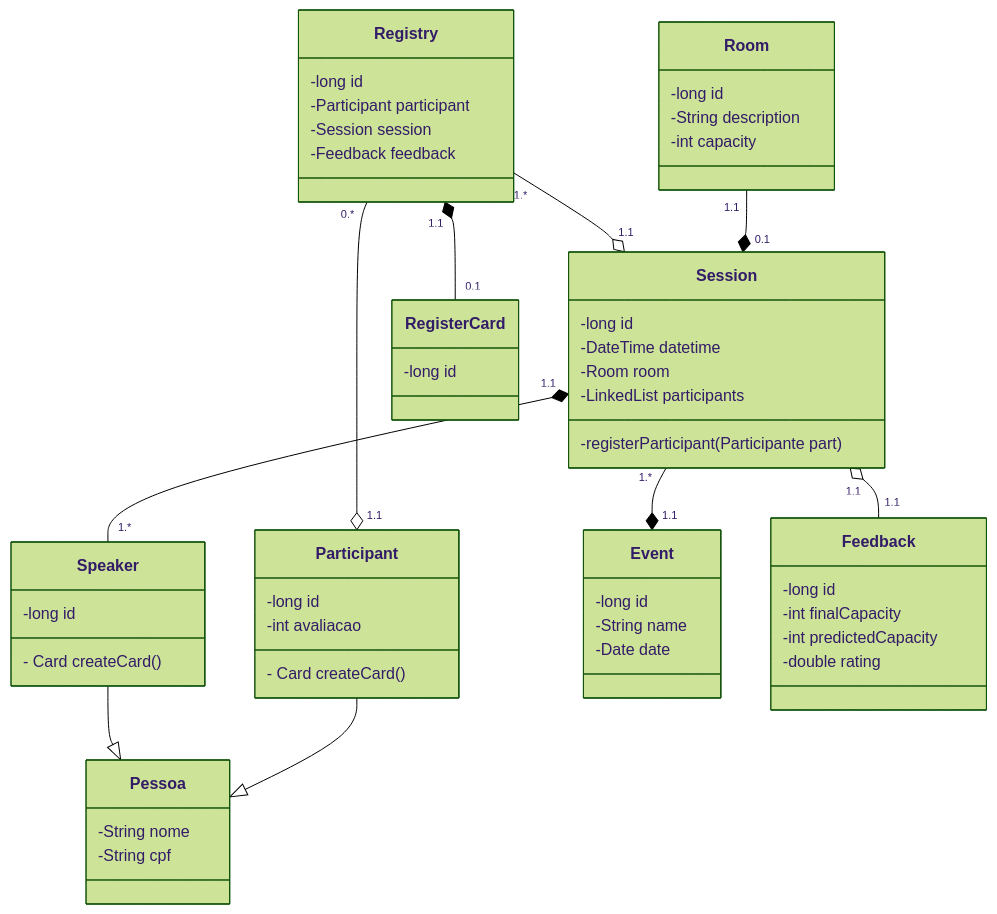
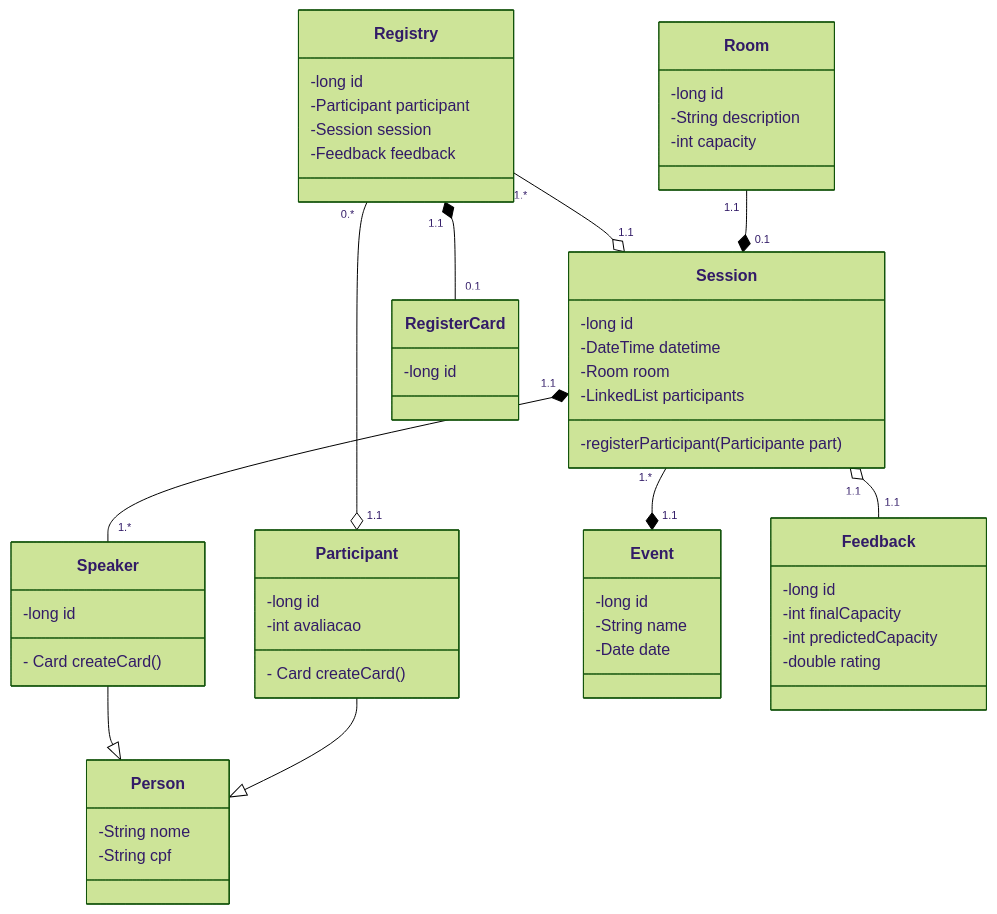
One commit to Felipe-Victorino/EventManagerJava changed the diagram in docs/ClassDiagram.mmd. Above: the diagram before and after it, drawn with Mermaid (forest theme). The commit also changed 4 other files, not shown here.

```diff
--- a/docs/ClassDiagram.mmd
+++ b/docs/ClassDiagram.mmd
@@ -1,70 +1,70 @@
 classDiagram
 
 class Room{
     -long id
     -String description
     -int capacity
 }
 
 class Session{
     -long id
     -DateTime datetime
     -Room room
     -LinkedList participants
 
     -registerParticipant(Participante part)
 }
 
 class RegisterCard{
     -long id
 }
-class Pessoa{
+class Person{
 
     -String nome
     -String cpf
 }
 class Participant{
     -long id
     -int avaliacao
     - Card createCard()
 }
 
 class Speaker{
     -long id
     - Card createCard()
 }
 
 class Registry{
     -long id
     -Participant participant
     -Session session
     -Feedback feedback
 }
 
 class Event{
     -long id
     -String name
     -Date date
 }
 
 class Feedback{
     -long id
     -int finalCapacity
     -int predictedCapacity
     -double rating
 }
 
 %% Heranças
 
-Speaker --|> Pessoa
-Participant --|> Pessoa
+Speaker --|> Person
+Participant --|> Person
 
 Registry "0.*" --o "1.1" Participant
 Registry "1.*" --o "1.1" Session
 Registry "1.1" *-- "0.1" RegisterCard
 
 Session "1.1" *-- "1.*" Speaker
 
 Room "1.1" --* "0.1" Session
 Session "1.*" --* "1.1" Event
 Session "1.1" o-- "1.1" Feedback
```
